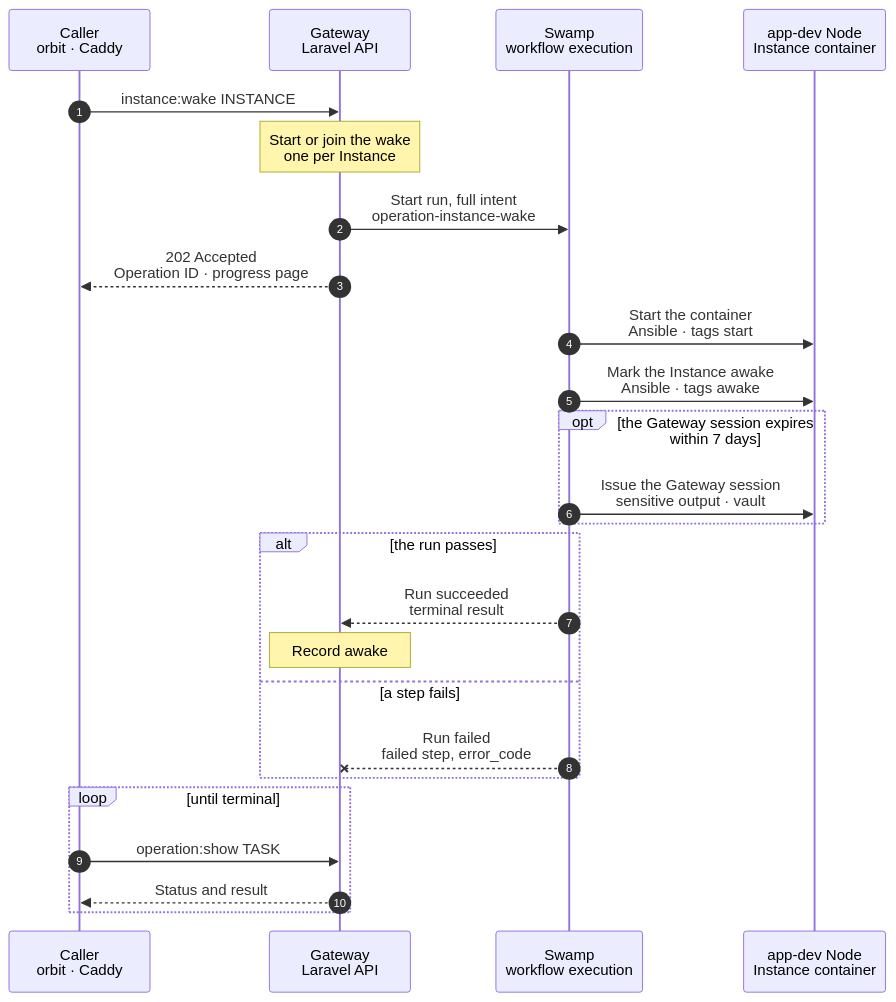
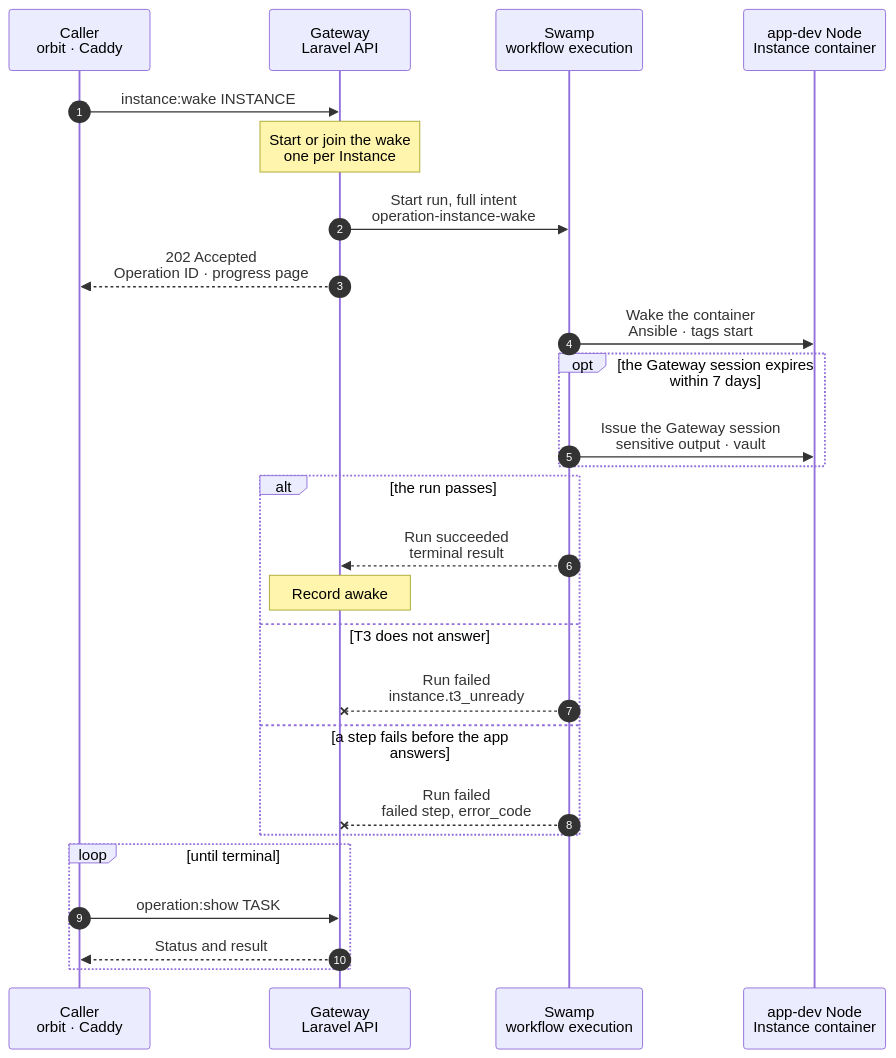
One commit to hardimpactdev/orbit changed the diagram in docs/cli/instance/wake.mmd. Above: the diagram before and after it, drawn with Mermaid. The commit also changed 2 other files, not shown here.

Commit message:
docs(instance): spec a one-playbook wake that frees the Route once the app answers

```diff
--- a/docs/cli/instance/wake.mmd
+++ b/docs/cli/instance/wake.mmd
@@ -1,71 +1,82 @@
 sequenceDiagram
   %% Container runtime (ADR 0250 step 8, docs/reference/development-containers.md#sleep-and-wake): start a sleeping development container. A request to its Route admits the same kind through the runtime activation endpoint of docs/reference/app-dev-runtime-hibernation.md#wake.
   %% status: draft
   %% command: instance:wake
   %% kind: instance.wake
   autonumber
   %% lane CL icon=terminal pill=caller tone=gray
   %% lane GW icon=gateway pill=intent tone=blue
   %% lane SW icon=workflow pill=executes tone=green
   %% lane N icon=server pill=target tone=amber
   participant CL as Caller<br/>orbit · Caddy
   participant GW as Gateway<br/>Laravel API
   participant SW as Swamp<br/>workflow execution
   participant N as app-dev Node<br/>Instance container
   CL->>GW: instance:wake INSTANCE
   %%> Command:
   %%> - `orbit instance:wake INSTANCE`
   %%> - syntax: `<instance-id> [--json]`
   %%> Callers:
   %%> - the command
   %%> - Caddy on the Instance's Node, when a request finds the asleep marker: `GET runtime-activations/app-instance/ID`
   %%> - planned: a Conn device that opens the T3 server, and the task flow before a turn on an attached Instance
   %%> - a deployment of a sleeping default starts it in its own run instead
   %%> Requirements:
   %%> - the caller is the Instance's Node or has node access to it
   Note over GW: Start or join the wake<br/>one per Instance
   %%> When:
   %%> - an active development container that is not a nested-fleet Instance
   %%> Result:
   %%> - an open wake of the Instance is joined: a second caller gets the same Operation, Caddy the same progress page
   %%> - after a failed wake, Caddy gets the failure page with Try again until a retry or the command starts a new wake
   %%> On failure:
   %%> - no container, a nested-fleet Instance or other lifecycle work starts no run
   GW->>SW: Start run, full intent<br/>operation-instance-wake
   GW-->>CL: 202 Accepted<br/>Operation ID · progress page
-  SW->>N: Start the container<br/>Ansible · tags start
+  SW->>N: Wake the container<br/>Ansible · tags start
   %%> What it does:
   %%> - `incus start`; nftables, T3, FrankenPHP and the enabled Process units start with the container
-  %%> - waits until each desired-running unit is active
+  %%> - waits until each desired-running unit is active, then until FrankenPHP answers, else `instance.web_unready`
+  %%> - a 5xx answer gets up to 5 s to clear; an app that answers 5xx by itself is then served as it is
+  %%> - removes the asleep marker, so Caddy sends the next request to the app
+  %%> - then waits up to 30 s for T3's environment endpoint in a clone, else `instance.t3_unready`
   %%> Why:
+  %%> - one playbook: a second Ansible start costs about 4 s on the visitor's path
+  %%> - the visitor waits for the app, not for T3; T3 gates only the Operation's end
   %%> - unit enablement holds each Process's desired state, so a stopped Process stays stopped
-  SW->>N: Mark the Instance awake<br/>Ansible · tags awake
-  %%> What it does:
-  %%> - waits up to 30 s for T3's environment endpoint in a clone, else `instance.t3_unready`
-  %%> - removes the asleep marker, so Caddy sends the next request to the app
+  %%> When:
+  %%> - the marker part runs only in a start whose intent names the marker; a deployment's start has none
   opt the Gateway session expires within 7 days
     SW->>N: Issue the Gateway session<br/>sensitive output · vault
     %%> When:
     %%> - planned; until then the hourly renewal renews the session after the wake
     %%> What it does:
     %%> - see conn/environment-renew.mmd
   end
   alt the run passes
     %% path: main
     SW-->>GW: Run succeeded<br/>terminal result
     Note over GW: Record awake
     %%> Result:
     %%> - the runtime's `power_state` is `running`; the Conn layer shows the T3 server awake
     %%> - the progress page loads the original path
-  else a step fails
+  else T3 does not answer
+    %% path: t3-unready
+    SW--xGW: Run failed<br/>instance.t3_unready
+    %%> Result:
+    %%> - the Operation fails; the marker is gone and the Route serves the app
+    %%> - the runtime's `power_state` is `running`, because the container runs
+    %%> Retry:
+    %%> - the same command; a start of a running container changes nothing
+  else a step fails before the app answers
     %% path: failed
     SW--xGW: Run failed<br/>failed step, error_code
     %%> Result:
     %%> - the asleep marker stays; the Route shows the failure page with Try again
     %%> Retry:
     %%> - Try again or the same command; a start of a running container changes nothing
   end
   loop until terminal
     CL->>GW: operation:show TASK
     GW-->>CL: Status and result
   end
```
